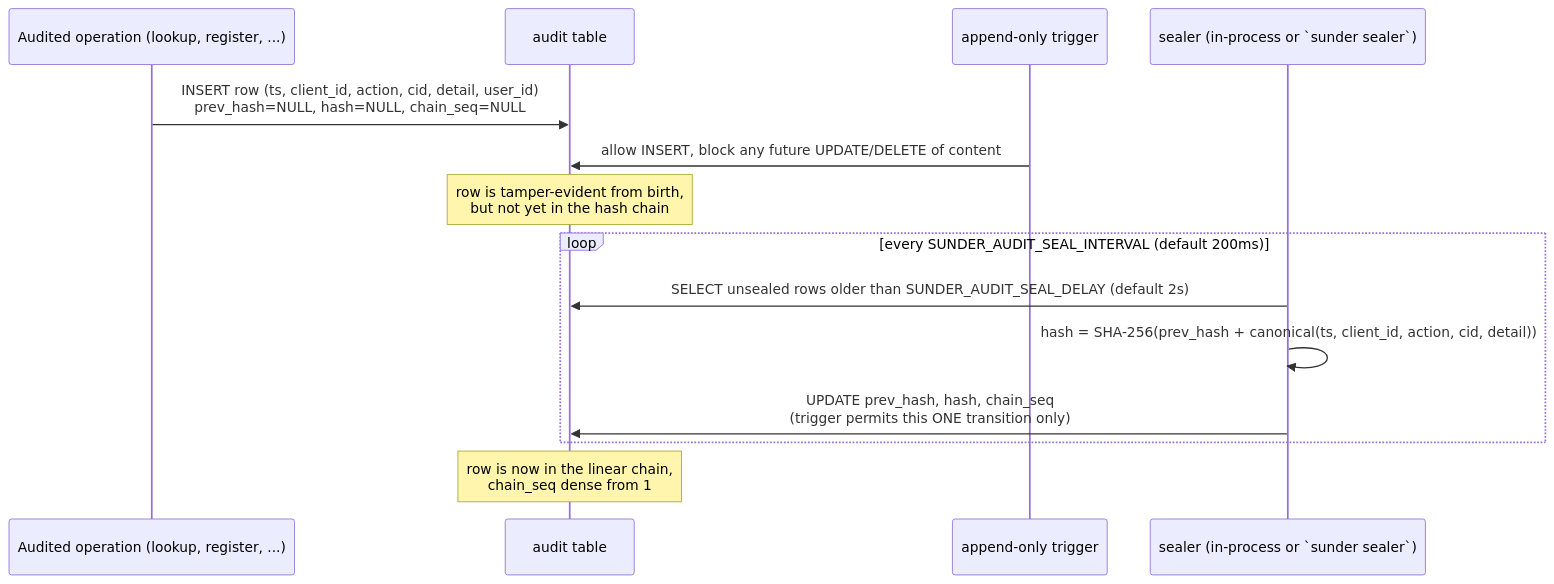
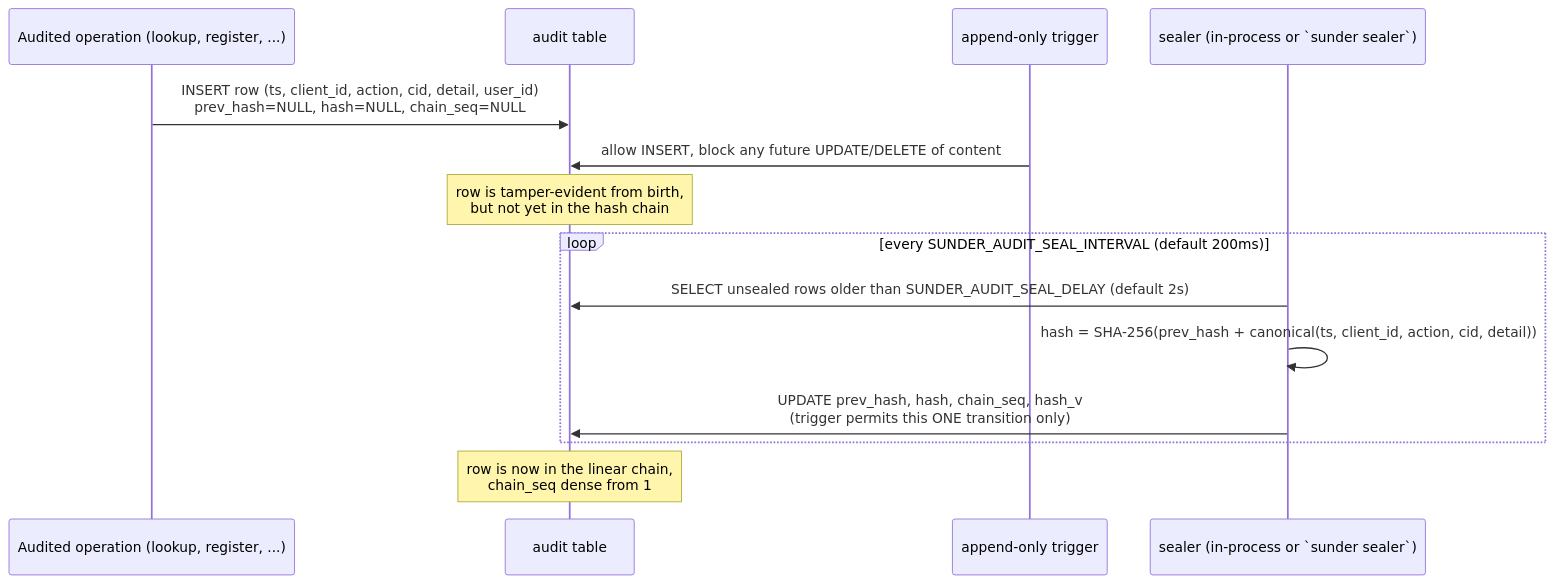
One commit to fvisic/sunder changed the diagram in docs-site/docs/admin/audit-chain.md. Above: the diagram before and after it, drawn with Mermaid. The commit also changed other lines of this file and 144 other files, not shown here.

````diff
--- a/docs-site/docs/admin/audit-chain.md
+++ b/docs-site/docs/admin/audit-chain.md
@@ -16,17 +16,17 @@
 ```mermaid
 sequenceDiagram
     participant Op as Audited operation (lookup, register, ...)
     participant DB as audit table
     participant Trig as append-only trigger
     participant Sealer as sealer (in-process or `sunder sealer`)
 
     Op->>DB: INSERT row (ts, client_id, action, cid, detail, user_id)<br/>prev_hash=NULL, hash=NULL, chain_seq=NULL
     Trig->>DB: allow INSERT, block any future UPDATE/DELETE of content
     Note over DB: row is tamper-evident from birth,<br/>but not yet in the hash chain
     loop every SUNDER_AUDIT_SEAL_INTERVAL (default 200ms)
         Sealer->>DB: SELECT unsealed rows older than SUNDER_AUDIT_SEAL_DELAY (default 2s)
         Sealer->>Sealer: hash = SHA-256(prev_hash + canonical(ts, client_id, action, cid, detail))
-        Sealer->>DB: UPDATE prev_hash, hash, chain_seq<br/>(trigger permits this ONE transition only)
+        Sealer->>DB: UPDATE prev_hash, hash, chain_seq, hash_v<br/>(trigger permits this ONE transition only)
     end
     Note over DB: row is now in the linear chain,<br/>chain_seq dense from 1
 ```
````
